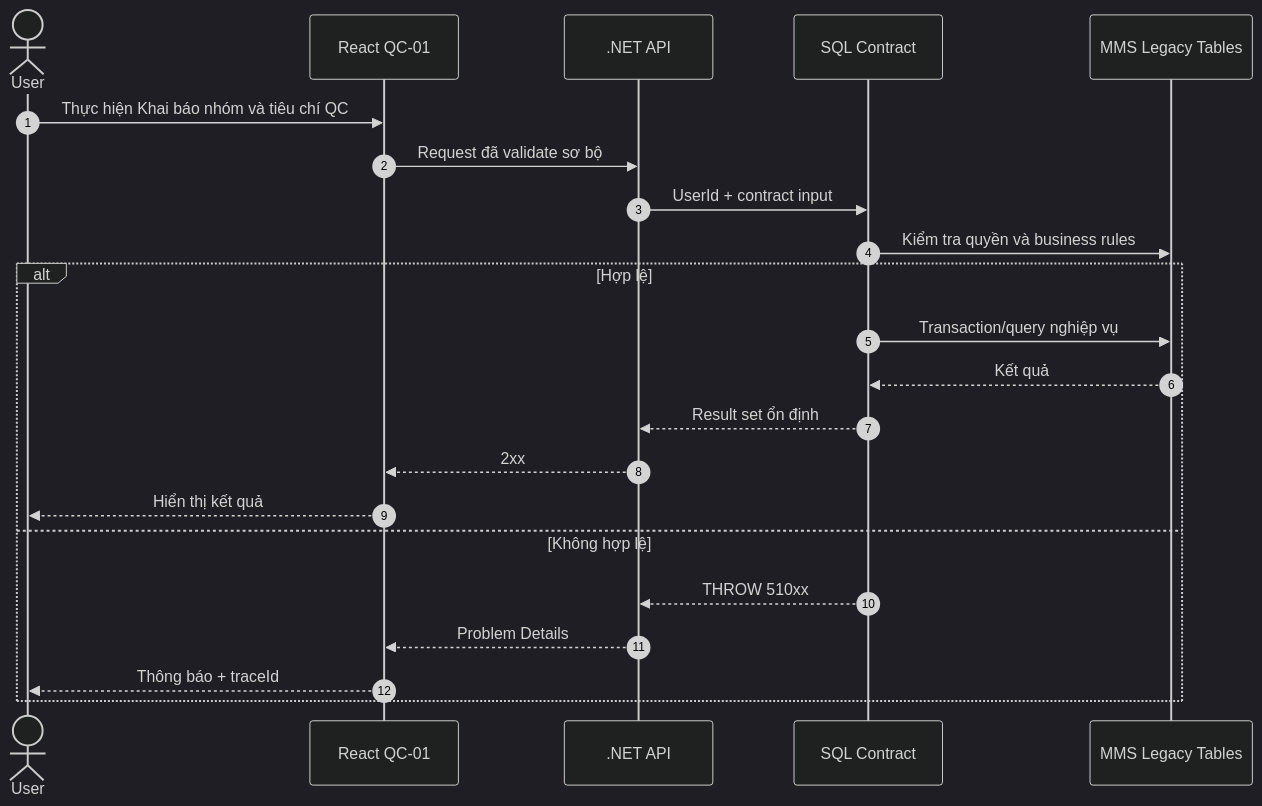
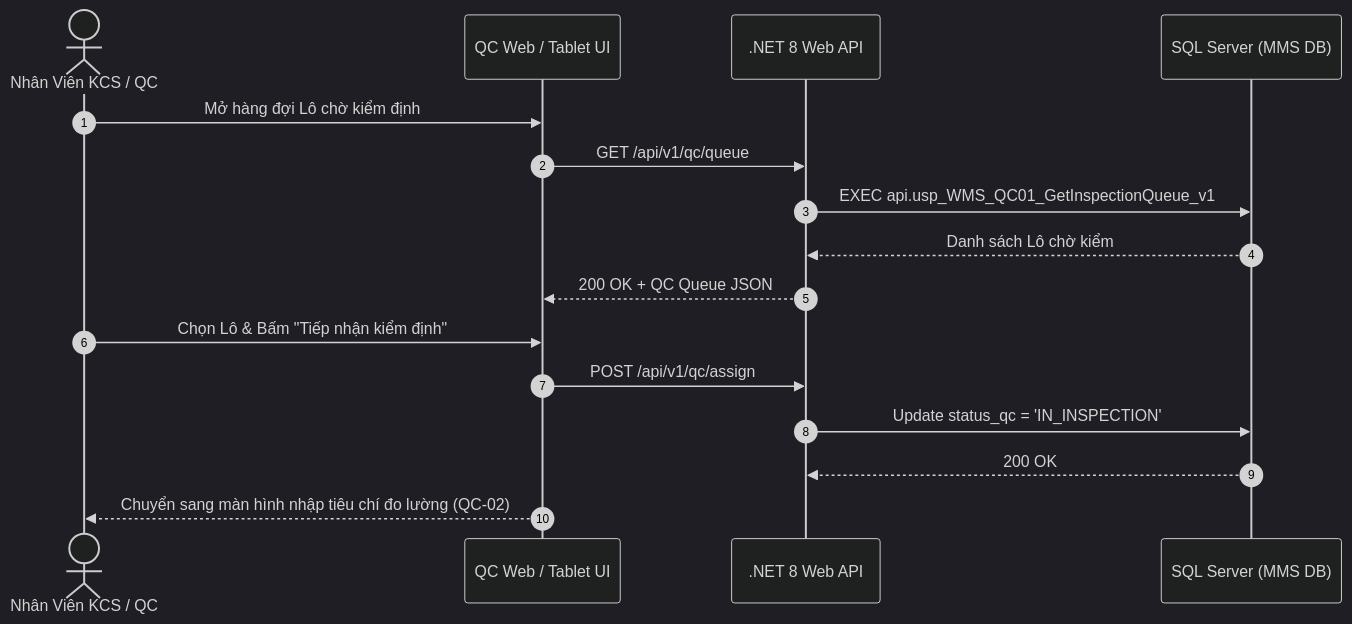
Before and after one commit to Sohoa-KNSG/mms: the diagram in docs/03-use-cases/UC-12_QC-01.md, drawn with Mermaid (dark theme). The commit also changed other lines of this file and 43 other files, not shown here.

````diff
--- a/docs/03-use-cases/UC-12_QC-01.md
+++ b/docs/03-use-cases/UC-12_QC-01.md
@@ -217,24 +43,19 @@
-~~~mermaid
+```mermaid
 sequenceDiagram
     autonumber
-    actor User
-    participant UI as React QC-01
-    participant API as .NET API
-    participant SP as SQL Contract
-    participant DB as MMS Legacy Tables
-    User->>UI: Thực hiện Khai báo nhóm và tiêu chí QC
-    UI->>API: Request đã validate sơ bộ
-    API->>SP: UserId + contract input
-    SP->>DB: Kiểm tra quyền và business rules
-    alt Hợp lệ
-        SP->>DB: Transaction/query nghiệp vụ
-        DB-->>SP: Kết quả
-        SP-->>API: Result set ổn định
-        API-->>UI: 2xx
-        UI-->>User: Hiển thị kết quả
-    else Không hợp lệ
-        SP-->>API: THROW 510xx
-        API-->>UI: Problem Details
-        UI-->>User: Thông báo + traceId
-    end
-~~~
+    actor QC as Nhân Viên KCS / QC
+    participant UI as QC Web / Tablet UI
+    participant API as .NET 8 Web API
+    participant DB as SQL Server (MMS DB)
+
+    QC->>UI: Mở hàng đợi Lô chờ kiểm định
+    UI->>API: GET /api/v1/qc/queue
+    API->>DB: EXEC api.usp_WMS_QC01_GetInspectionQueue_v1
+    DB-->>API: Danh sách Lô chờ kiểm
+    API-->>UI: 200 OK + QC Queue JSON
+    QC->>UI: Chọn Lô & Bấm "Tiếp nhận kiểm định"
+    UI->>API: POST /api/v1/qc/assign
+    API->>DB: Update status_qc = 'IN_INSPECTION'
+    DB-->>API: 200 OK
+    UI-->>QC: Chuyển sang màn hình nhập tiêu chí đo lường (QC-02)
+```
````
